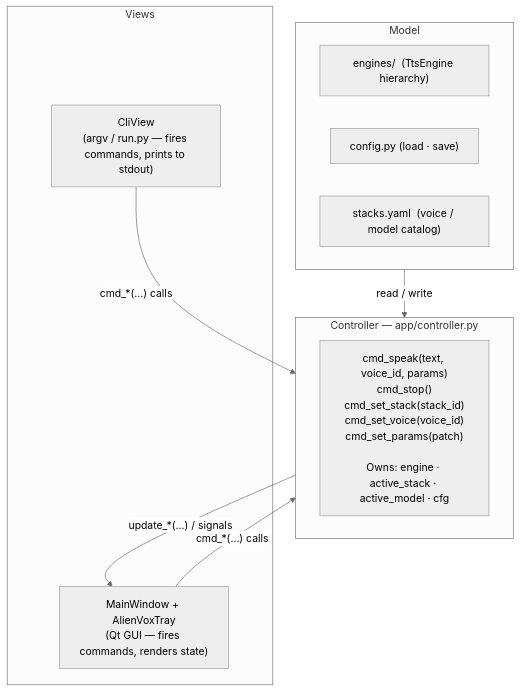
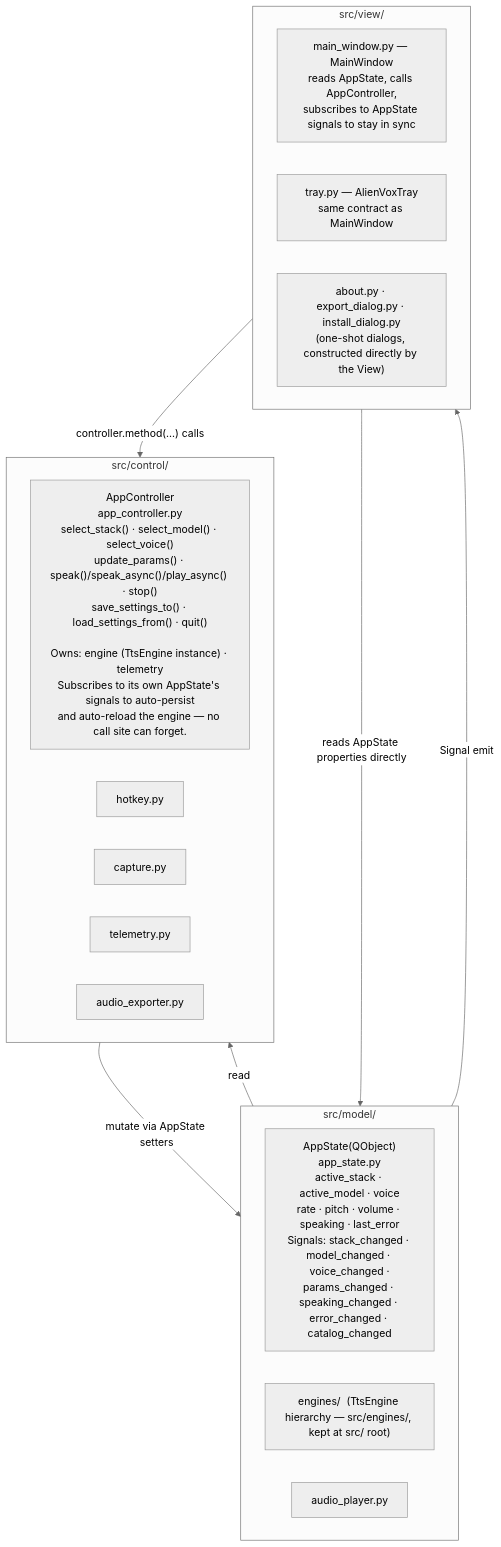
Before and after one commit to mameen/AlienVox: the diagram in python_app/docs/adr/adr-004-mvc-architecture.md, drawn with Mermaid (neutral theme). The commit also changed other lines of this file and 3 other files, not shown here.

````diff
--- a/python_app/docs/adr/adr-004-mvc-architecture.md
+++ b/python_app/docs/adr/adr-004-mvc-architecture.md
@@ -39,22 +42,28 @@
 ```mermaid
 flowchart TD
-    subgraph Model
-        E["engines/  (TtsEngine hierarchy)"]
-        C["config.py  (load · save)"]
-        Y["stacks.yaml  (voice / model catalog)"]
+    subgraph Model["src/model/"]
+        AS["AppState(QObject)\napp_state.py\nactive_stack · active_model · voice\nrate · pitch · volume · speaking · last_error\nSignals: stack_changed · model_changed · voice_changed ·\nparams_changed · speaking_changed · error_changed · catalog_changed"]
+        E["engines/  (TtsEngine hierarchy — src/engines/, kept at src/ root)"]
+        AP["audio_player.py"]
     end
 
-    subgraph Controller["Controller — app/controller.py"]
-        K["cmd_speak(text, voice_id, params)\ncmd_stop()\ncmd_set_stack(stack_id)\ncmd_set_voice(voice_id)\ncmd_set_params(patch)\n\nOwns: engine · active_stack · active_model · cfg"]
+    subgraph Control["src/control/"]
+        AC["AppController\napp_controller.py\nselect_stack() · select_model() · select_voice()\nupdate_params() · speak()/speak_async()/play_async() · stop()\nsave_settings_to() · load_settings_from() · quit()\n\nOwns: engine (TtsEngine instance) · telemetry\nSubscribes to its own AppState's signals to auto-persist\nand auto-reload the engine — no call site can forget."]
+        HK["hotkey.py"]
+        CAP["capture.py"]
+        TEL["telemetry.py"]
+        AE["audio_exporter.py"]
     end
 
-    subgraph Views
-        GUI["MainWindow + AlienVoxTray\n(Qt GUI — fires commands, renders state)"]
-        CLI["CliView\n(argv / run.py — fires commands, prints to stdout)"]
+    subgraph View["src/view/"]
+        MW["main_window.py — MainWindow\nreads AppState, calls AppController,\nsubscribes to AppState signals to stay in sync"]
+        TR["tray.py — AlienVoxTray\nsame contract as MainWindow"]
+        AB["about.py · export_dialog.py · install_dialog.py\n(one-shot dialogs, constructed directly by the View)"]
     end
 
-    Model -->|"read / write"| Controller
-    GUI  -->|"cmd_*(…) calls"| Controller
-    CLI  -->|"cmd_*(…) calls"| Controller
-    Controller -->|"update_*(…) / signals"| GUI
+    Model -->|"read"| Control
+    Control -->|"mutate via AppState setters"| Model
+    View -->|"controller.method(...) calls"| Control
+    Model -->|"Signal emit"| View
+    View -->|"reads AppState properties directly"| Model
 ```
````
